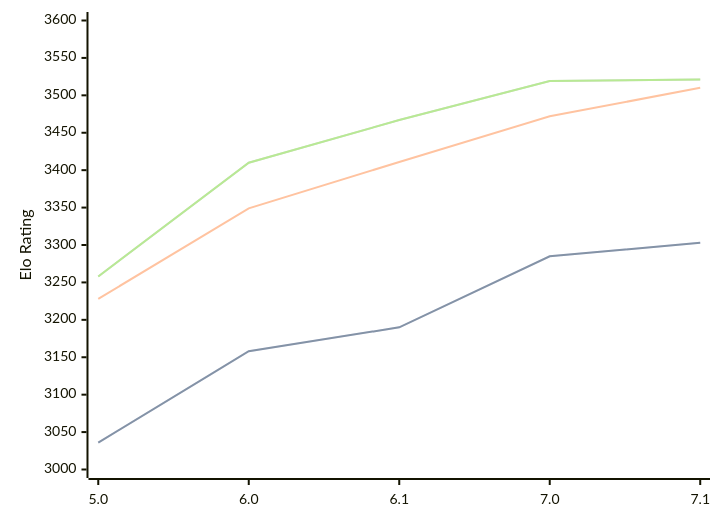
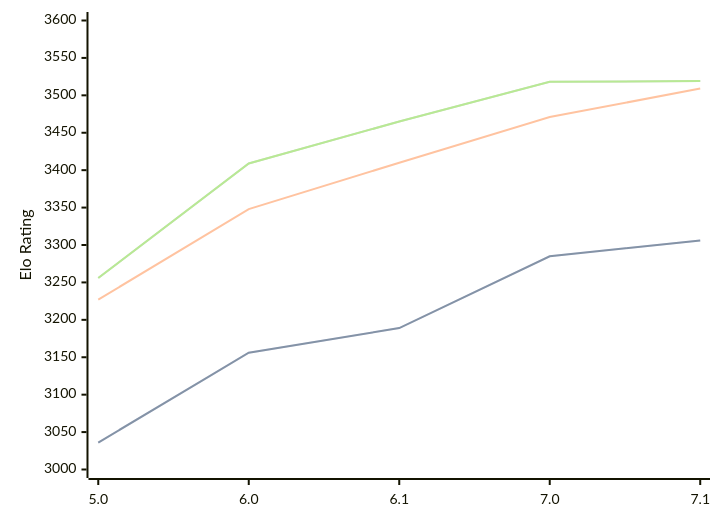
Before and after one commit to computer-chess-index/cci: the diagram in engines/PZChessBot.md, drawn with Mermaid. The commit also changed other lines of this file, not shown here.

Commit message:
Update CCI Ratings (ELO VLTC) - 2026-08-04

````diff
--- a/engines/PZChessBot.md
+++ b/engines/PZChessBot.md
@@ -44,11 +44,11 @@
 ```mermaid
 %%{init: {"theme":"base","themeVariables":{"seriesColors:['#a3a3a3','#222221','#faa371']}}}%%
 xychart-beta
   x-axis ["5.0", "6.0", "6.1", "7.0", "7.1"]
   y-axis "Elo Rating" 3000 --> 3600
-  line "STC (8.0+0.08s)" [3036, 3158, 3190, 3285, 3303]
-  line "STC (8.0+0.08s)" [3036, 3158, 3190, 3285, 3303]
-  line "LTC (60.0+0.60s)" [3228, 3349, 3411, 3472, 3510]
-  line "VLTC (2m24s+1.12s)" [3258, 3410, 3467, 3519, 3521]
-  line "VLTC (2m24s+1.12s)" [3258, 3410, 3467, 3519, 3521]
+  line "STC (8.0+0.08s)" [3036, 3156, 3189, 3285, 3306]
+  line "STC (8.0+0.08s)" [3036, 3156, 3189, 3285, 3306]
+  line "LTC (60.0+0.60s)" [3227, 3348, 3410, 3471, 3509]
+  line "VLTC (2m24s+1.12s)" [3256, 3409, 3465, 3518, 3519]
+  line "VLTC (2m24s+1.12s)" [3256, 3409, 3465, 3518, 3519]
 ```
````
